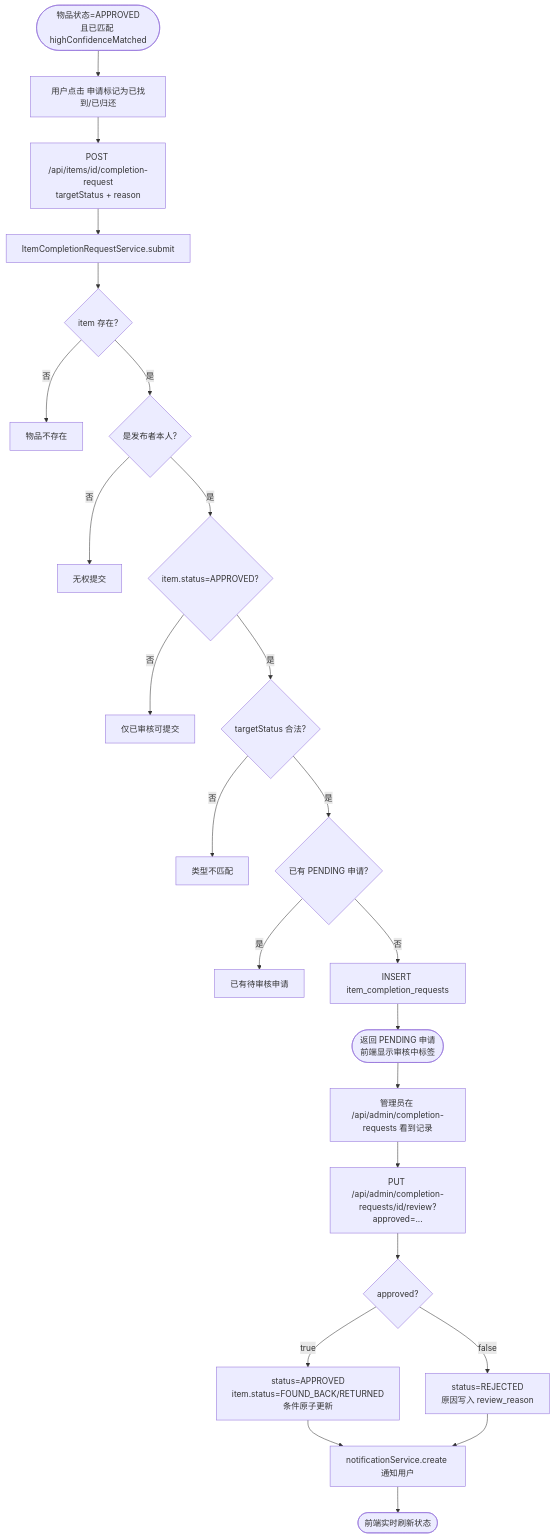
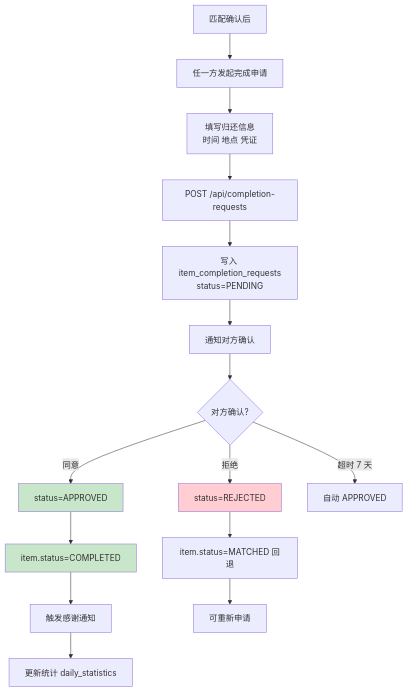
One commit to zwj-3193655211/campus-LostandFound changed diagram 14 of 29 in docs/项目图表.md. Above: the diagram before and after it, drawn with Mermaid. The commit also changed other lines of this file and 51 other files, not shown here.

````diff
--- a/docs/项目图表.md
+++ b/docs/项目图表.md
@@ -583,27 +733,24 @@
 ```mermaid
 flowchart TD
-    A([物品状态=APPROVED<br/>且已匹配 highConfidenceMatched]) --> B[用户点击 申请标记为已找到/已归还]
-    B --> C[POST /api/items/id/completion-request<br/>targetStatus + reason]
-    C --> D[ItemCompletionRequestService.submit]
-    D --> E{item 存在?}
-    E -->|否| E1[物品不存在]
-    E -->|是| F{是发布者本人?}
-    F -->|否| F1[无权提交]
-    F -->|是| G{item.status=APPROVED?}
-    G -->|否| G1[仅已审核可提交]
-    G -->|是| H{targetStatus 合法?}
-    H -->|否| H1[类型不匹配]
-    H -->|是| I{已有 PENDING 申请?}
-    I -->|是| I1[已有待审核申请]
-    I -->|否| J[INSERT item_completion_requests]
-    J --> K([返回 PENDING 申请<br/>前端显示审核中标签])
+    A[匹配确认后] --> B[任一方发起完成申请]
+    B --> C[填写归还信息<br/>时间 地点 凭证]
+    C --> D[POST /api/completion-requests]
+    D --> E[写入 item_completion_requests<br/>status=PENDING]
+    E --> F[通知对方确认]
+    F --> G{对方确认?}
 
-    K --> L[管理员在 /api/admin/completion-requests 看到记录]
-    L --> M[PUT /api/admin/completion-requests/id/review?approved=...]
-    M --> N{approved?}
-    N -->|true| O[status=APPROVED<br/>item.status=FOUND_BACK/RETURNED<br/>条件原子更新]
-    N -->|false| P[status=REJECTED<br/>原因写入 review_reason]
-    O --> Q[notificationService.create 通知用户]
-    P --> Q
-    Q --> R([前端实时刷新状态])
+    G -->|同意| H[status=APPROVED]
+    G -->|拒绝| I[status=REJECTED]
+    G -->|超时 7 天| J[自动 APPROVED]
+
+    H --> K[item.status=COMPLETED]
+    K --> L[触发感谢通知]
+    L --> M[更新统计 daily_statistics]
+
+    I --> N[item.status=MATCHED 回退]
+    N --> O[可重新申请]
+
+    style H fill:#c8e6c9
+    style I fill:#ffcdd2
+    style K fill:#c8e6c9
 ```
````
